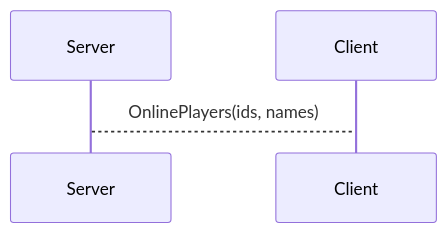
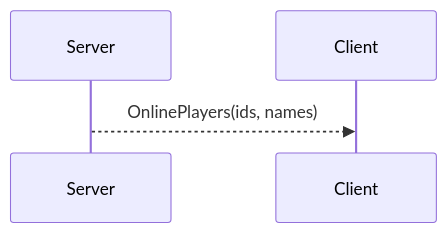
Before and after one commit to roman-zubarevich/another: the fourth of 15 diagrams in docs/LOBBY.md, drawn with Mermaid. The commit also changed other lines of this file, not shown here.

````diff
--- a/docs/LOBBY.md
+++ b/docs/LOBBY.md
@@ -59,4 +59,4 @@
 ```mermaid
 sequenceDiagram
-    Server-->Client: OnlinePlayers(ids, names)
+    Server-->>Client: OnlinePlayers(ids, names)
 ```
````
